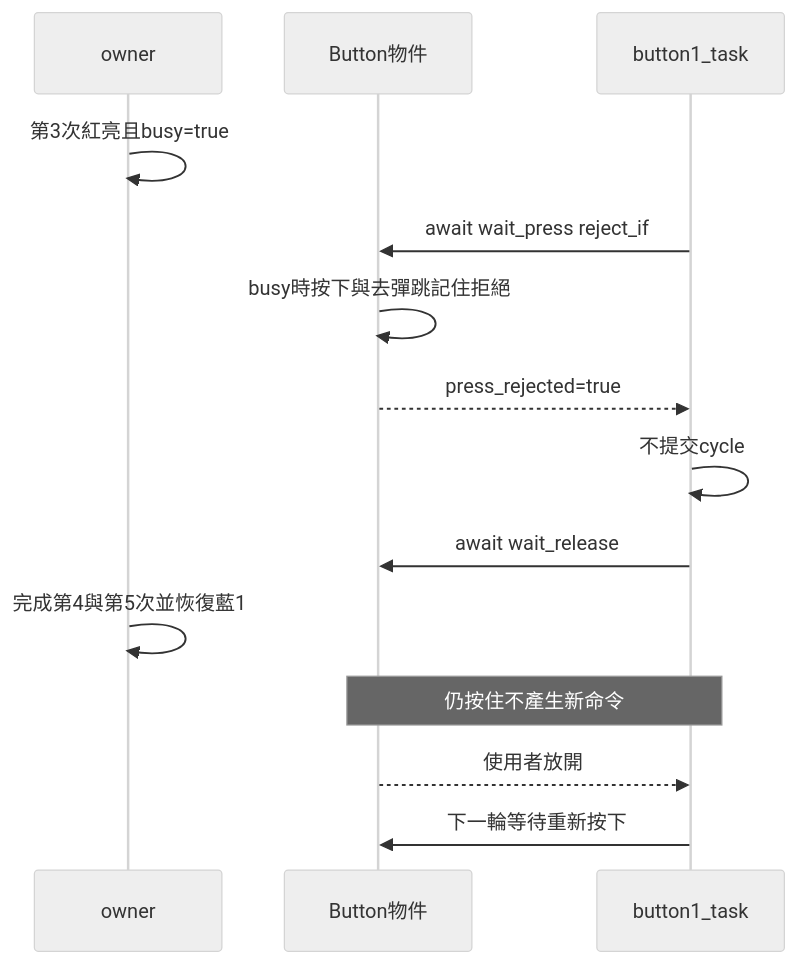
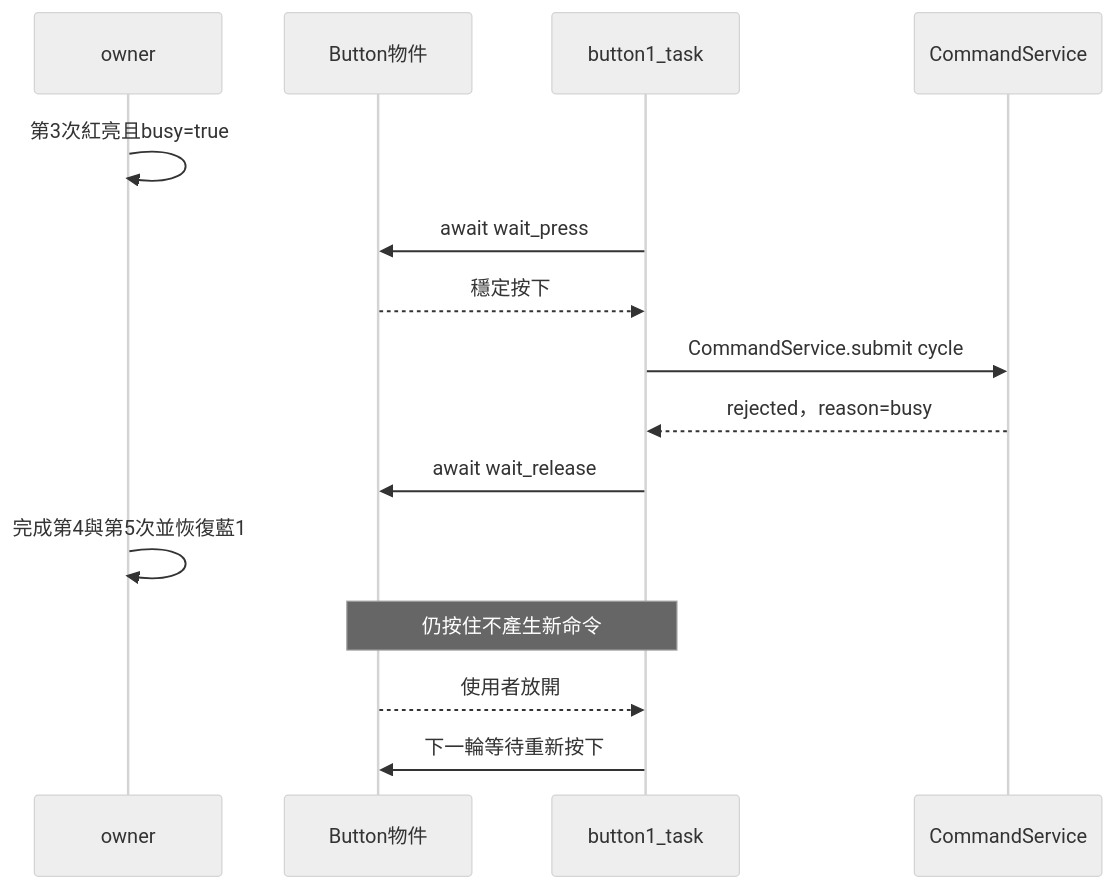
Before and after one commit to change918418-tech/IoT_Course: diagram 11 of 21 in LED_SINGLE_OWNER_GUIDE.md, drawn with Mermaid (neutral theme). The commit also changed other lines of this file and 2 other files, not shown here.

````diff
--- a/LED_SINGLE_OWNER_GUIDE.md
+++ b/LED_SINGLE_OWNER_GUIDE.md
@@ -661,16 +661,17 @@
 ```mermaid
 sequenceDiagram
     participant Owner as owner
     participant Input as Button物件
     participant Button as button1_task
+    participant Entry as CommandService
     Owner->>Owner: 第3次紅亮且busy=true
-    Button->>Input: await wait_press reject_if
-    Input->>Input: busy時按下與去彈跳記住拒絕
-    Input-->>Button: press_rejected=true
-    Button->>Button: 不提交cycle
+    Button->>Input: await wait_press
+    Input-->>Button: 穩定按下
+    Button->>Entry: CommandService.submit cycle
+    Entry-->>Button: rejected，reason=busy
     Button->>Input: await wait_release
     Owner->>Owner: 完成第4與第5次並恢復藍1
     Note over Button,Input: 仍按住不產生新命令
     Input-->>Button: 使用者放開
     Button->>Input: 下一輪等待重新按下
 ```
````
